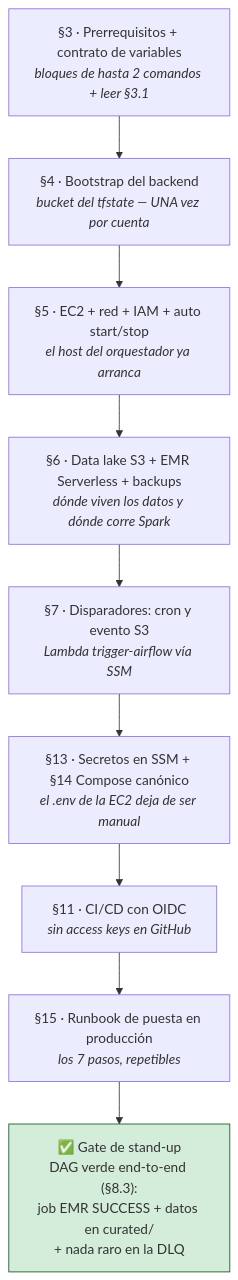
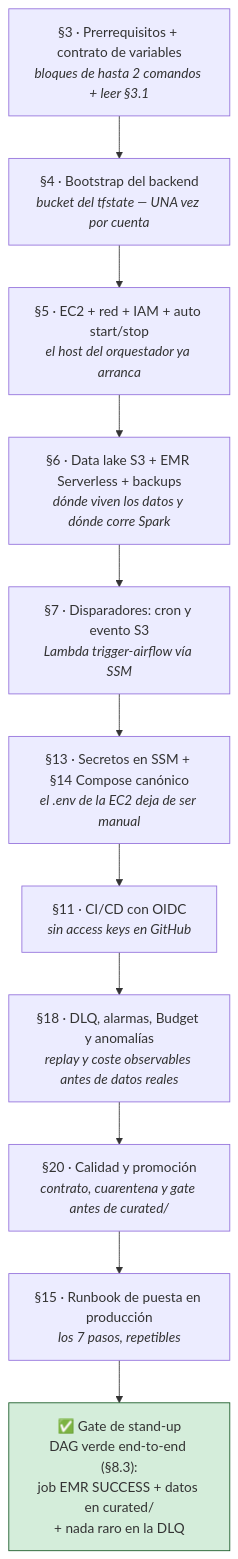
Before and after one commit to abantodca/pyspark_stack: the first of 10 diagrams in docs/02-produccion-aws-terraform.md, drawn with Mermaid. The commit also changed other lines of this file and 39 other files, not shown here.

````diff
--- a/docs/02-produccion-aws-terraform.md
+++ b/docs/02-produccion-aws-terraform.md
@@ -238,16 +250,18 @@
 ```mermaid
 flowchart TD
     P3["§3 · Prerrequisitos + contrato de variables<br/><i>bloques de hasta 2 comandos + leer §3.1</i>"]
     P4["§4 · Bootstrap del backend<br/><i>bucket del tfstate — UNA vez por cuenta</i>"]
     P5["§5 · EC2 + red + IAM + auto start/stop<br/><i>el host del orquestador ya arranca</i>"]
     P6["§6 · Data lake S3 + EMR Serverless + backups<br/><i>dónde viven los datos y dónde corre Spark</i>"]
     P7["§7 · Disparadores: cron y evento S3<br/><i>Lambda trigger-airflow vía SSM</i>"]
     P13["§13 · Secretos en SSM + §14 Compose canónico<br/><i>el .env de la EC2 deja de ser manual</i>"]
     P11["§11 · CI/CD con OIDC<br/><i>sin access keys en GitHub</i>"]
+    P18["§18 · DLQ, alarmas, Budget y anomalías<br/><i>replay y coste observables antes de datos reales</i>"]
+    P20["§20 · Calidad y promoción<br/><i>contrato, cuarentena y gate antes de curated/</i>"]
     P15["§15 · Runbook de puesta en producción<br/><i>los 7 pasos, repetibles</i>"]
     GATE["✅ Gate de stand-up<br/>DAG verde end-to-end (§8.3):<br/>job EMR SUCCESS + datos en curated/<br/>+ nada raro en la DLQ"]
 
-    P3 --> P4 --> P5 --> P6 --> P7 --> P13 --> P11 --> P15 --> GATE
+    P3 --> P4 --> P5 --> P6 --> P7 --> P13 --> P11 --> P18 --> P20 --> P15 --> GATE
 
     style GATE fill:#d4edda,stroke:#155724
 ```
````
